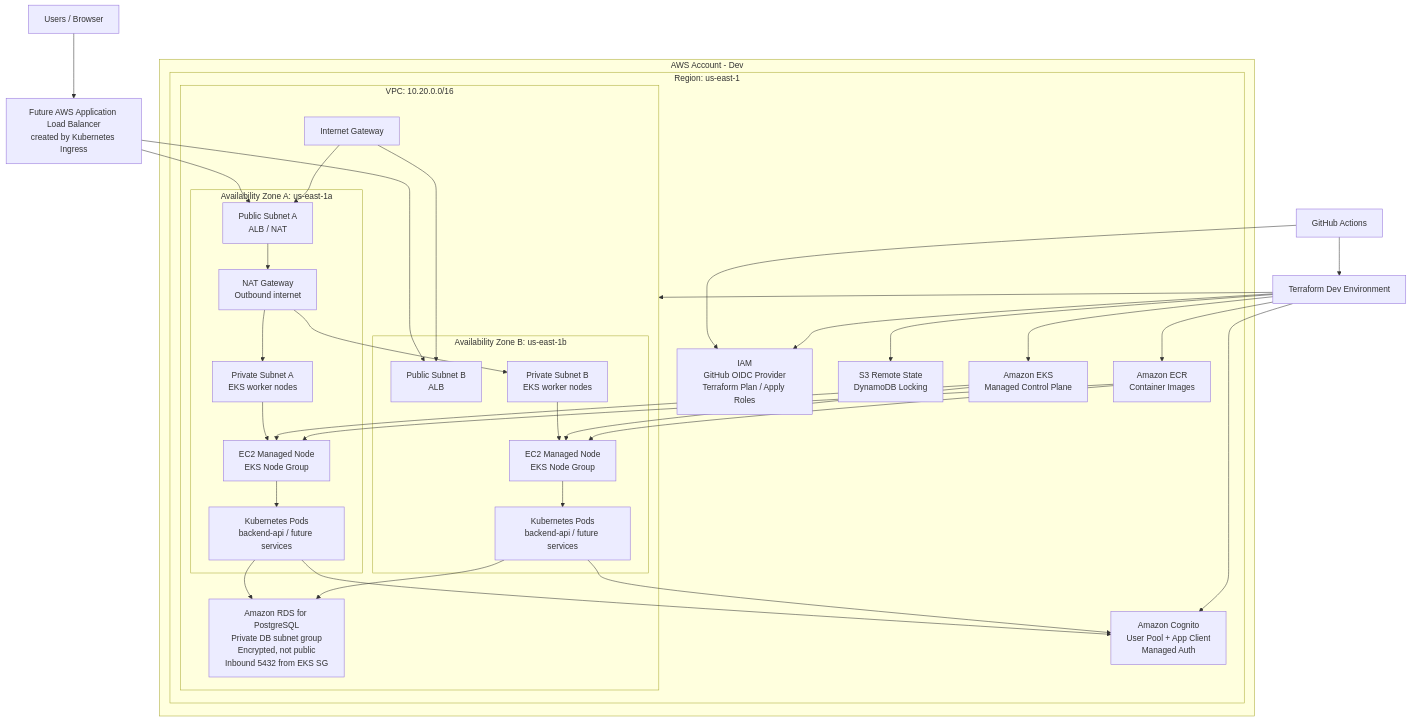
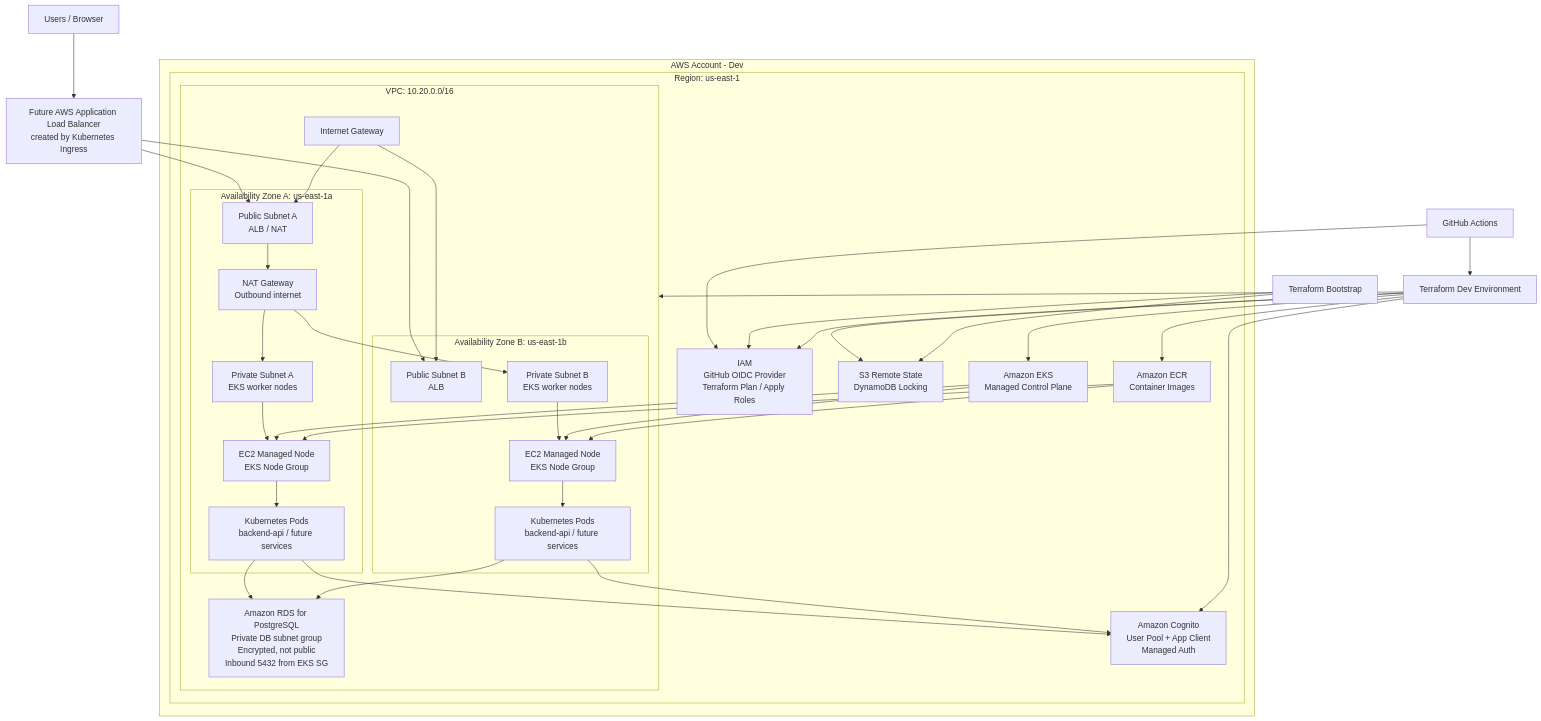
One commit to sarandoniparthi/ai-saas-platform-infra changed the first of 3 diagrams in ARCHITECTURE.md. Above: the diagram before and after it, drawn with Mermaid. The commit also changed other lines of this file and 16 other files, not shown here.

Commit message:
Add Terraform bootstrap layer

````diff
--- a/ARCHITECTURE.md
+++ b/ARCHITECTURE.md
@@ -31,64 +46,66 @@
 ```mermaid
 flowchart TB
   Users["Users / Browser"] --> ALB["Future AWS Application Load Balancer<br/>created by Kubernetes Ingress"]
   GitHub["GitHub Actions"] --> IAM["IAM<br/>GitHub OIDC Provider<br/>Terraform Plan / Apply Roles"]
   GitHub --> TF["Terraform Dev Environment"]
   TF --> State["S3 Remote State<br/>DynamoDB Locking"]
+  Bootstrap["Terraform Bootstrap"] --> State
+  Bootstrap --> IAM
 
   subgraph Account["AWS Account - Dev"]
     subgraph Region["Region: us-east-1"]
       IAM
       State
       Cognito["Amazon Cognito<br/>User Pool + App Client<br/>Managed Auth"]
       EKSCP["Amazon EKS<br/>Managed Control Plane"]
       ECR["Amazon ECR<br/>Container Images"]
 
       subgraph VPC["VPC: 10.20.0.0/16"]
         IGW["Internet Gateway"]
 
         subgraph AZA["Availability Zone A: us-east-1a"]
           PubA["Public Subnet A<br/>ALB / NAT"]
           NAT["NAT Gateway<br/>Outbound internet"]
           PrivA["Private Subnet A<br/>EKS worker nodes"]
           NodeA["EC2 Managed Node<br/>EKS Node Group"]
           PodA["Kubernetes Pods<br/>backend-api / future services"]
         end
 
         subgraph AZB["Availability Zone B: us-east-1b"]
           PubB["Public Subnet B<br/>ALB"]
           PrivB["Private Subnet B<br/>EKS worker nodes"]
           NodeB["EC2 Managed Node<br/>EKS Node Group"]
           PodB["Kubernetes Pods<br/>backend-api / future services"]
         end
 
         RDS["Amazon RDS for PostgreSQL<br/>Private DB subnet group<br/>Encrypted, not public<br/>Inbound 5432 from EKS SG"]
       end
     end
   end
 
   TF --> VPC
   TF --> EKSCP
   TF --> ECR
   TF --> Cognito
   TF --> IAM
 
   ALB --> PubA
   ALB --> PubB
   IGW --> PubA
   IGW --> PubB
   PubA --> NAT
   NAT --> PrivA
   NAT --> PrivB
   PrivA --> NodeA
   PrivB --> NodeB
   EKSCP --> NodeA
   EKSCP --> NodeB
   ECR --> NodeA
   ECR --> NodeB
   NodeA --> PodA
   NodeB --> PodB
   PodA --> RDS
   PodB --> RDS
   PodA --> Cognito
   PodB --> Cognito
 ```
````
